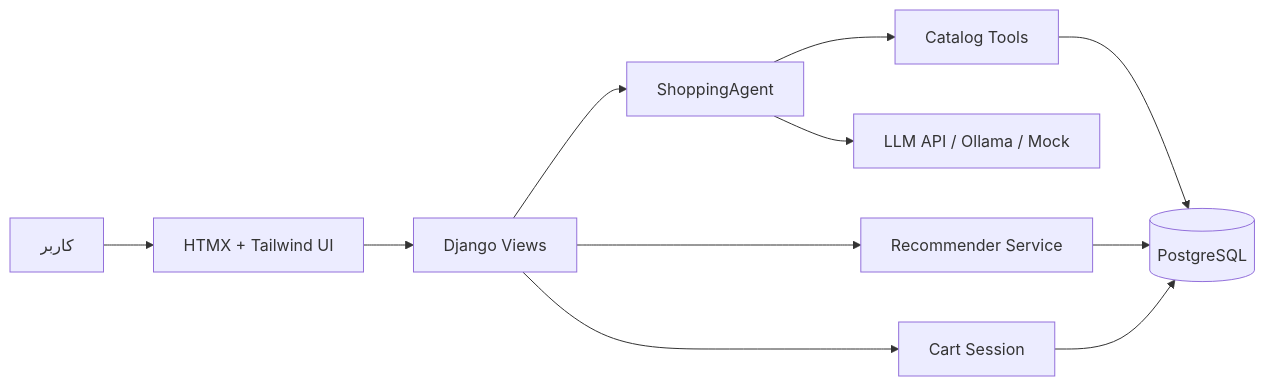
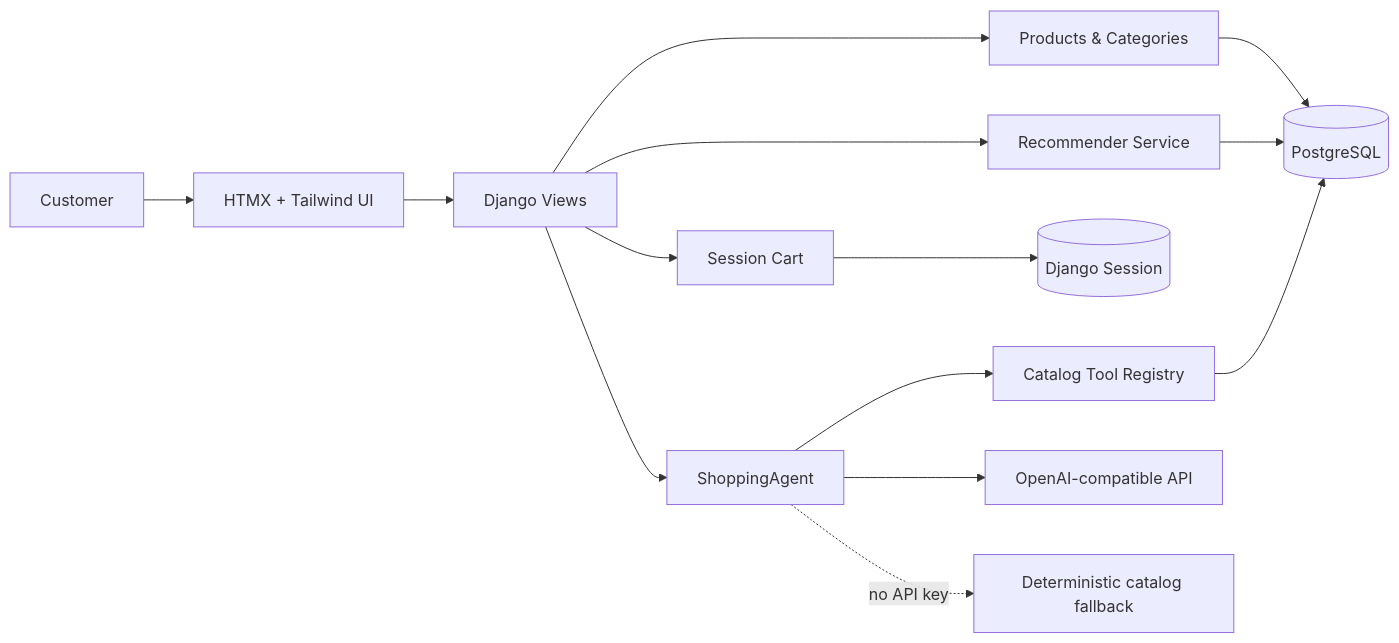
The diagram in README.md (Arshiahb/-SmartShop-AI), drawn with Mermaid before and after one commit. The commit also changed other lines of this file and 10 other files, not shown here.

Commit message:
feat(audit): harden architecture, agent guardrails, and upgrade docs to 92/100 readiness

````diff
--- a/README.md
+++ b/README.md
@@ -33,13 +21,16 @@
 ```mermaid
 flowchart LR
-    U[کاربر] --> H[HTMX + Tailwind UI]
-    H --> V[Django Views]
-    V --> A[ShoppingAgent]
-    A --> T[Catalog Tools]
-    T --> P[(PostgreSQL)]
-    A --> L[LLM API / Ollama / Mock]
-    V --> R[Recommender Service]
-    R --> P
-    V --> C[Cart Session]
-    C --> P
+    User[Customer] --> UI[HTMX + Tailwind UI]
+    UI --> Views[Django Views]
+    Views --> Catalog[Products & Categories]
+    Views --> Cart[Session Cart]
+    Views --> Recs[Recommender Service]
+    Views --> Agent[ShoppingAgent]
+    Catalog --> DB[(PostgreSQL)]
+    Cart --> Session[(Django Session)]
+    Recs --> DB
+    Agent --> Tools[Catalog Tool Registry]
+    Tools --> DB
+    Agent --> LLM[OpenAI-compatible API]
+    Agent -. no API key .-> Mock[Deterministic catalog fallback]
 ```
````
